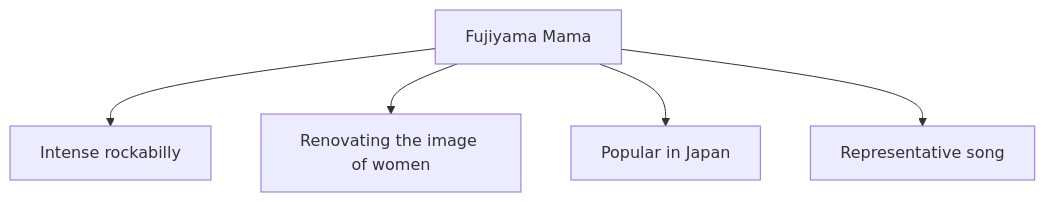
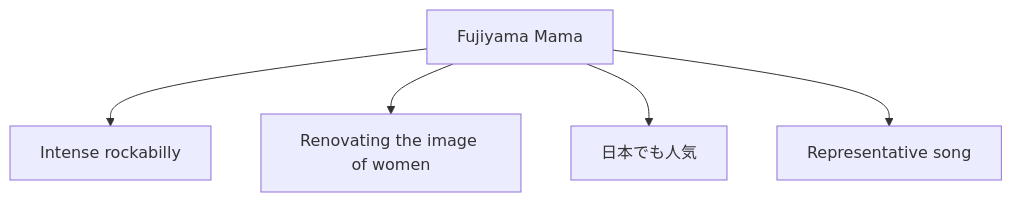
Before and after one commit to monumental-movement/monumental-movement.github.io: the fourth of 11 diagrams in en/_posts/2026-05-16-column-wanda-jackson.md, drawn with Mermaid. The commit also changed other lines of this file and 1012 other files, not shown here.

```diff
--- a/en/_posts/2026-05-16-column-wanda-jackson.md
+++ b/en/_posts/2026-05-16-column-wanda-jackson.md
@@ -124,7 +124,7 @@
 <div class="mermaid">
 graph TD
 A["Fujiyama Mama"] --> B["Intense rockabilly"]
 A --> C["Renovating the image of women"]
-A --> D["Popular in Japan"]
+A --> D["日本でも人気"]
 A --> E["Representative song"]
 </div>
```
